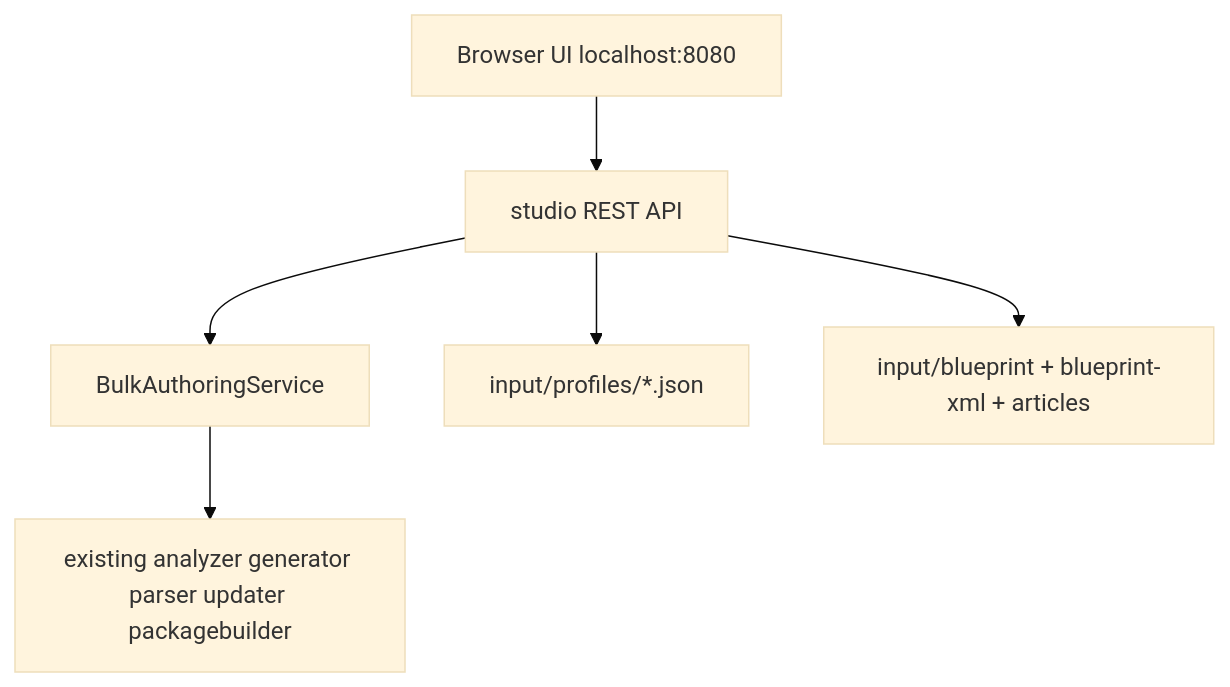
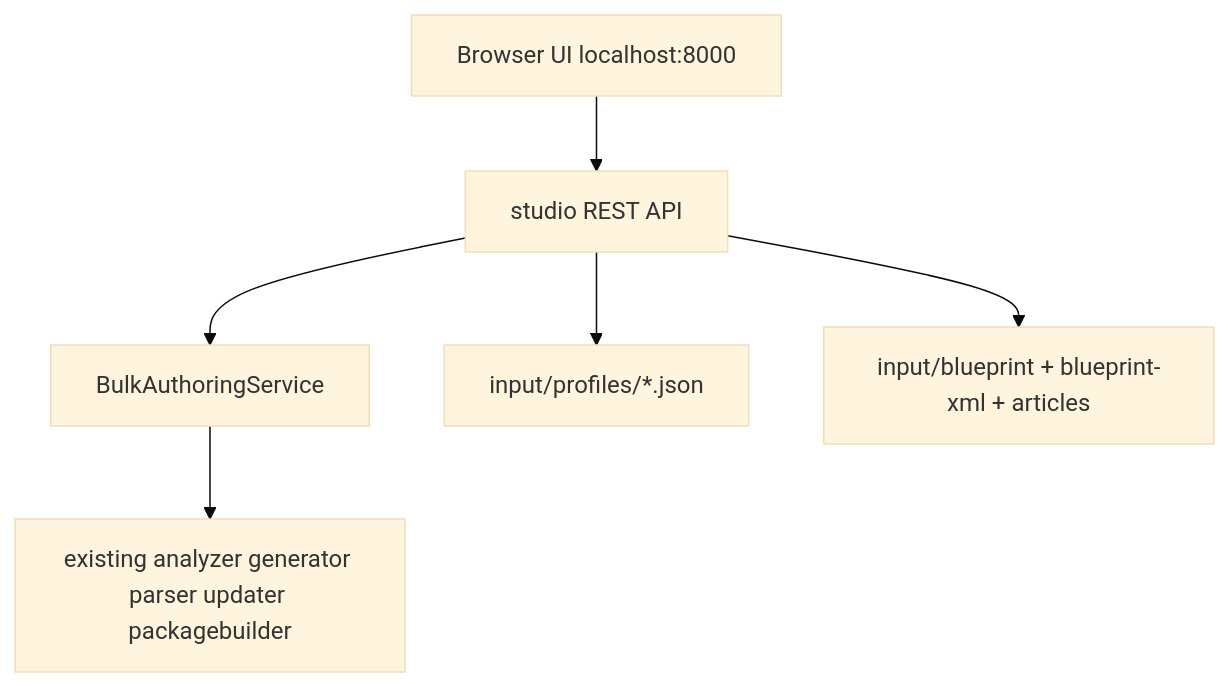
One commit to manikanta-iquanti/aem-automation-java-v1 changed the diagram in docs/plans/ui-blueprint-studio.md. Above: the diagram before and after it, drawn with Mermaid (base theme). The commit also changed other lines of this file and 12 other files, not shown here.

````diff
--- a/docs/plans/ui-blueprint-studio.md
+++ b/docs/plans/ui-blueprint-studio.md
@@ -103,12 +103,12 @@
 ```mermaid
 flowchart TB
-  ui[Browser UI localhost:8080]
+  ui[Browser UI localhost:8000]
   api[studio REST API]
   svc[BulkAuthoringService]
   profiles[input/profiles/*.json]
   files[input/blueprint + blueprint-xml + articles]
   ui --> api --> svc
   api --> profiles
   api --> files
   svc --> core[existing analyzer generator parser updater packagebuilder]
 ```
````
